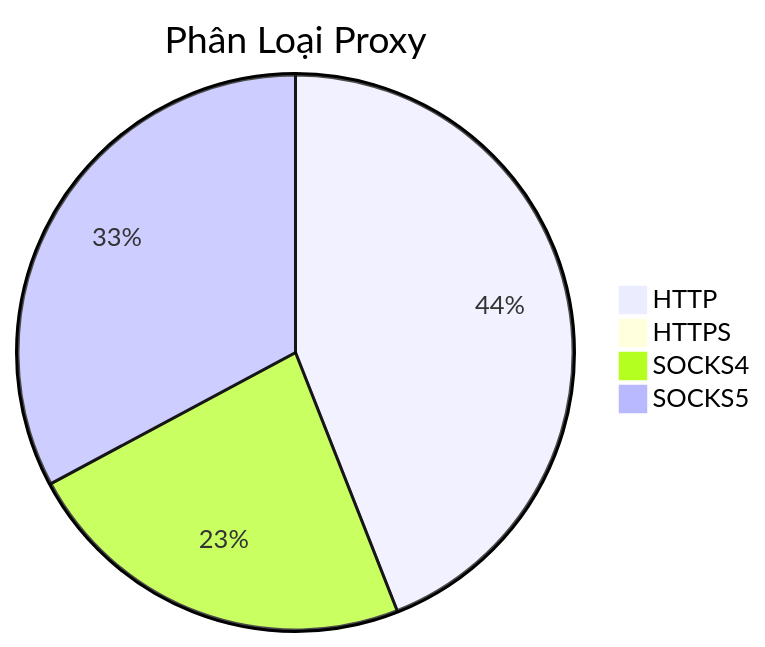
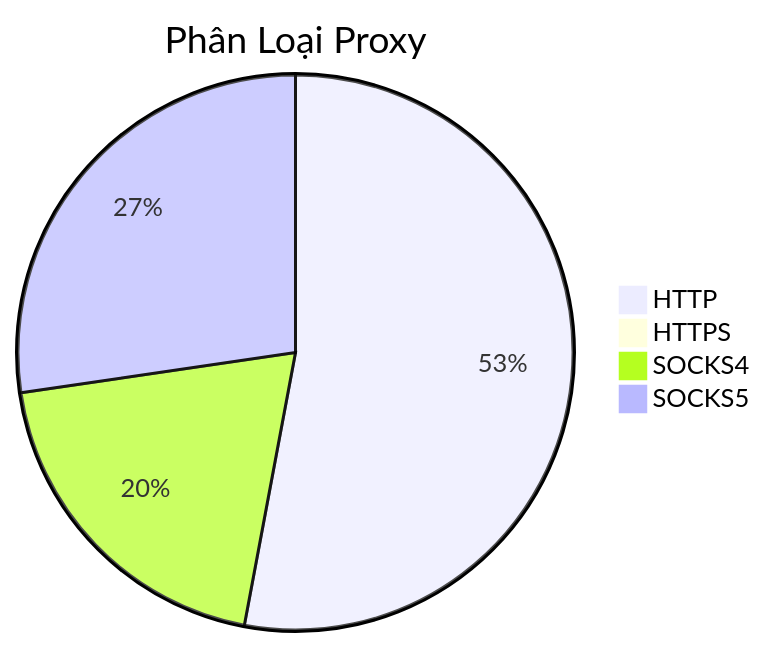
Before and after one commit to Ciara-12/PROXY-free: the diagram in README.md, drawn with Mermaid. The commit also changed other lines of this file and 4 other files, not shown here.

````diff
--- a/README.md
+++ b/README.md
@@ -26,7 +26,7 @@
 ```mermaid
 pie title Phân Loại Proxy
-    "HTTP" : 413
-    "HTTPS" : 0
-    "SOCKS4" : 217
-    "SOCKS5" : 308
+    "HTTP" : 628
+    "HTTPS" : 1
+    "SOCKS4" : 234
+    "SOCKS5" : 324
 ```
````
